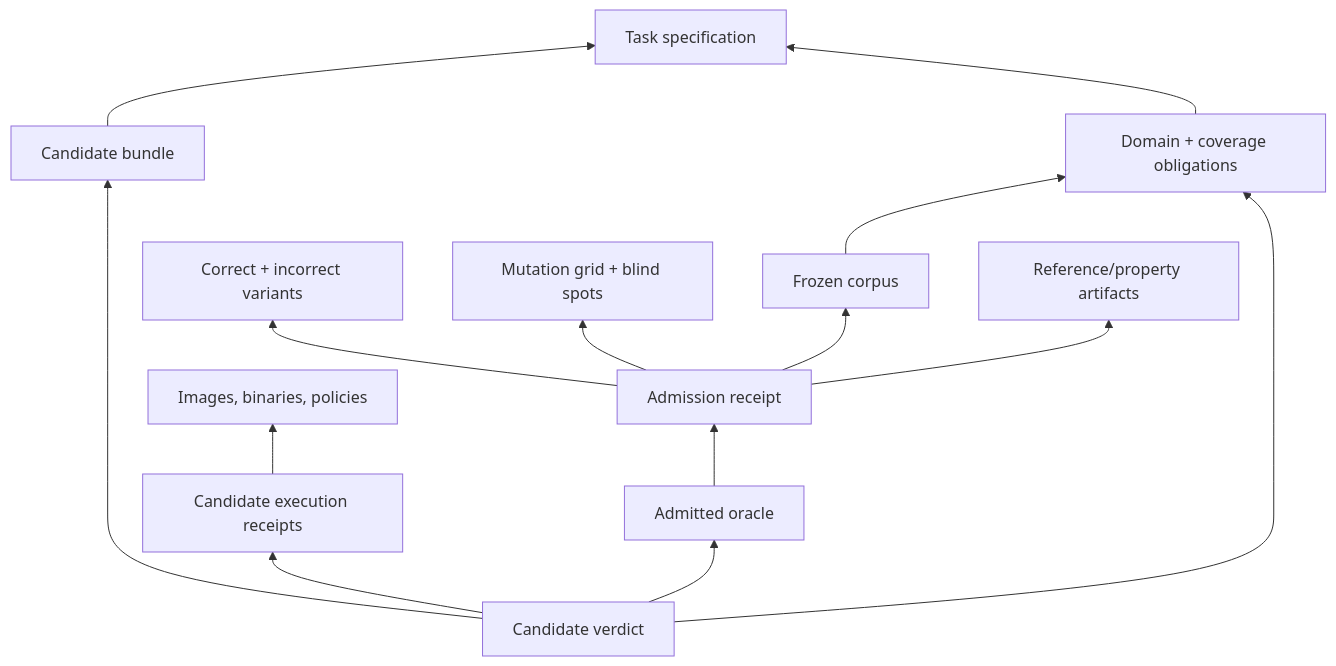
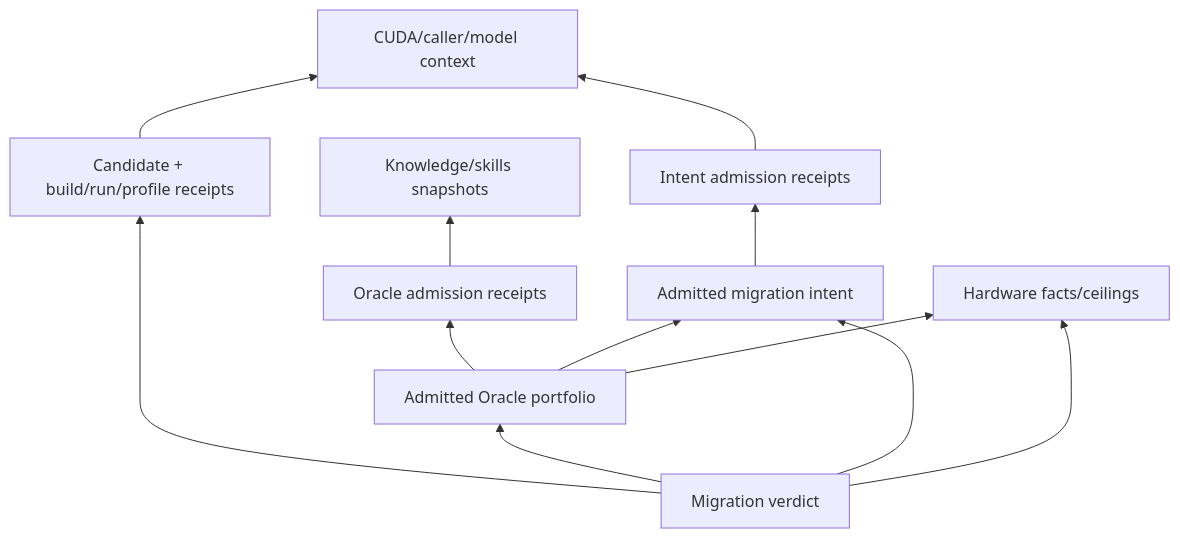
One commit to ascendresearch/cairn changed the fourth of 5 diagrams in docs/SYSTEM_DESIGN.md. Above: the diagram before and after it, drawn with Mermaid. The commit also changed other lines of this file and 33 other files, not shown here.

Commit message:
docs: redesign oracle architecture and development plan

````diff
--- a/docs/SYSTEM_DESIGN.md
+++ b/docs/SYSTEM_DESIGN.md
@@ -1404,29 +455,24 @@
 ```mermaid
 flowchart BT
-    verdict["Candidate verdict"]
-    candidate["Candidate bundle"]
-    candrun["Candidate execution receipts"]
-    oracle["Admitted oracle"]
-    admission["Admission receipt"]
-    variants["Correct + incorrect variants"]
-    mutation["Mutation grid + blind spots"]
-    domain["Domain + coverage obligations"]
-    corpus["Frozen corpus"]
-    reference["Reference/property artifacts"]
-    task["Task specification"]
-    environment["Images, binaries, policies"]
+    verdict["Migration verdict"]
+    cand["Candidate + build/run/profile receipts"]
+    oracle["Admitted Oracle portfolio"]
+    oadmit["Oracle admission receipts"]
+    intent["Admitted migration intent"]
+    iadmit["Intent admission receipts"]
+    hw["Hardware facts/ceilings"]
+    kb["Knowledge/skills snapshots"]
+    source["CUDA/caller/model context"]
 
-    verdict --> candidate
-    verdict --> candrun
+    verdict --> cand
     verdict --> oracle
-    verdict --> domain
-    candrun --> environment
-    oracle --> admission
-    admission --> variants
-    admission --> mutation
-    admission --> corpus
-    admission --> reference
-    corpus --> domain
-    domain --> task
-    candidate --> task
+    verdict --> intent
+    verdict --> hw
+    oracle --> oadmit
+    oracle --> intent
+    oracle --> hw
+    oadmit --> kb
+    intent --> iadmit
+    iadmit --> source
+    cand --> source
 ```
````
